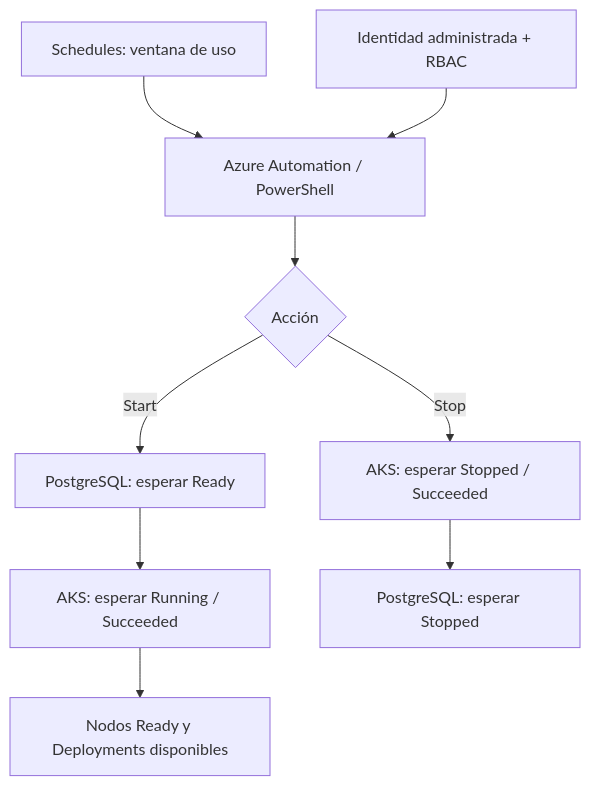
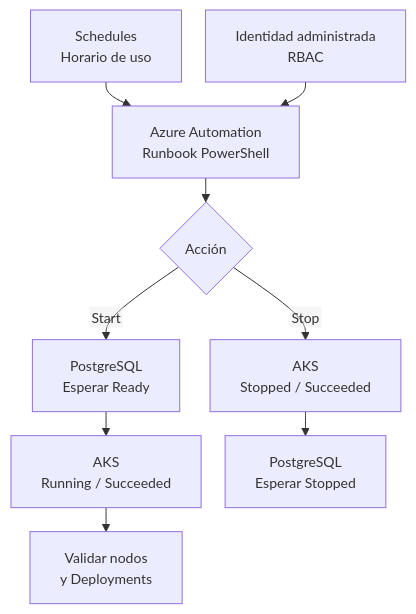
The diagram in README.md (Jose-DC/automatizacion-costos-azure), drawn with Mermaid before and after one commit.

Commit message:
Corrige etiquetas recortadas del diagrama Mermaid

````diff
--- a/README.md
+++ b/README.md
@@ -13,11 +13,12 @@
 ```mermaid
+%%{init: {"flowchart": {"htmlLabels": false, "nodeSpacing": 24, "rankSpacing": 24}, "themeVariables": {"fontSize": "14px"}}}%%
 flowchart TD
-    S[Schedules: ventana de uso] --> A[Azure Automation / PowerShell]
-    I[Identidad administrada + RBAC] --> A
+    S["Schedules<br/>Horario de uso"] --> A["Azure Automation<br/>Runbook PowerShell"]
+    I["Identidad administrada<br/>RBAC"] --> A
     A --> D{Acción}
-    D -->|Start| P[PostgreSQL: esperar Ready]
-    P --> K[AKS: esperar Running / Succeeded]
-    K --> V[Nodos Ready y Deployments disponibles]
-    D -->|Stop| KS[AKS: esperar Stopped / Succeeded]
-    KS --> PS[PostgreSQL: esperar Stopped]
+    D -->|Start| P["PostgreSQL<br/>Esperar Ready"]
+    P --> K["AKS<br/>Running / Succeeded"]
+    K --> V["Validar nodos<br/>y Deployments"]
+    D -->|Stop| KS["AKS<br/>Stopped / Succeeded"]
+    KS --> PS["PostgreSQL<br/>Esperar Stopped"]
 ```
````
